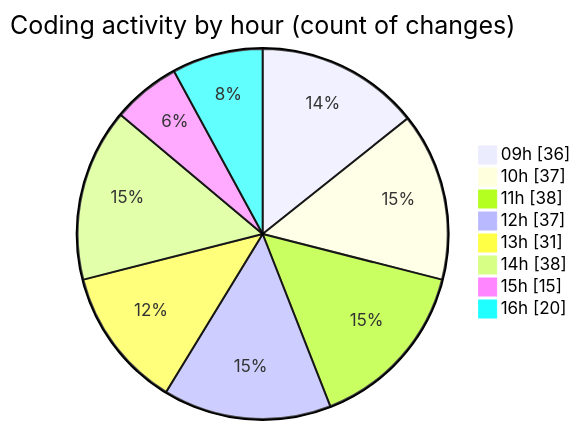
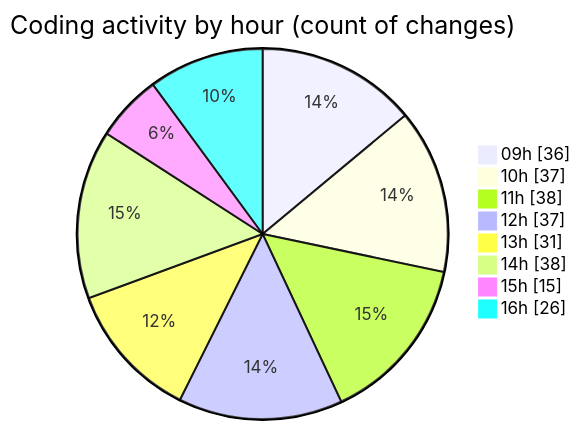
Before and after one commit to momahboobian/code-tracking: the second of 2 diagrams in 2026-04-16/cda/README.md, drawn with Mermaid. The commit also changed other lines of this file and 1 other file, not shown here.

````diff
--- a/2026-04-16/cda/README.md
+++ b/2026-04-16/cda/README.md
@@ -48,12 +50,12 @@
 ```mermaid
 pie showData
 title Coding activity by hour (count of changes)
 "09h" : 36
 "10h" : 37
 "11h" : 38
 "12h" : 37
 "13h" : 31
 "14h" : 38
 "15h" : 15
-"16h" : 20
+"16h" : 26
 ```
````
